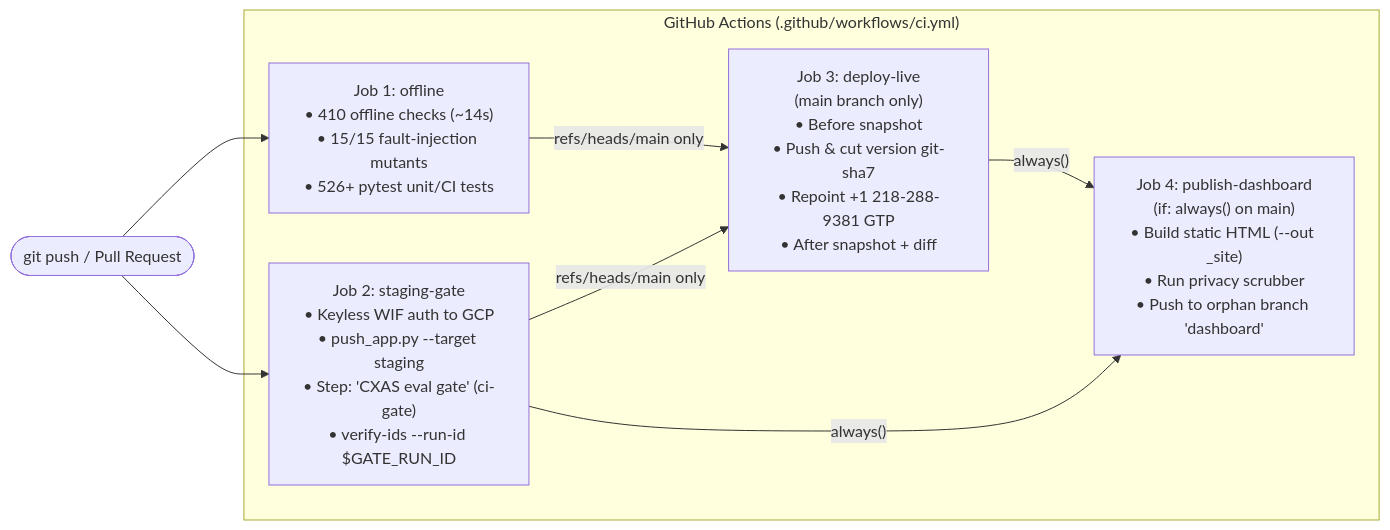
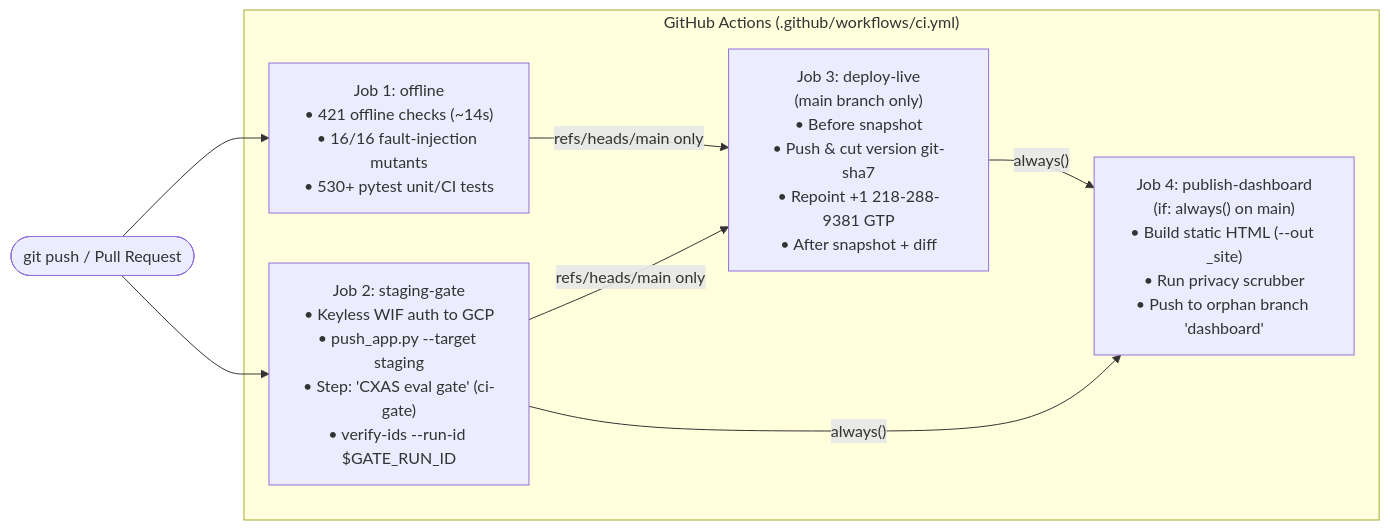
One commit to snehsm007/totto-agent changed the diagram in docs/ci-cd.md. Above: the diagram before and after it, drawn with Mermaid. The commit also changed other lines of this file and 41 other files, not shown here.

````diff
--- a/docs/ci-cd.md
+++ b/docs/ci-cd.md
@@ -11,17 +11,17 @@
 ```mermaid
 flowchart LR
     Push(["git push / Pull Request"]) --> Job1
     Push --> Job2
 
     subgraph GHA["GitHub Actions (.github/workflows/ci.yml)"]
-        Job1["Job 1: offline<br/>• 410 offline checks (~14s)<br/>• 15/15 fault-injection mutants<br/>• 526+ pytest unit/CI tests"]
+        Job1["Job 1: offline<br/>• 421 offline checks (~14s)<br/>• 16/16 fault-injection mutants<br/>• 530+ pytest unit/CI tests"]
         Job2["Job 2: staging-gate<br/>• Keyless WIF auth to GCP<br/>• push_app.py --target staging<br/>• Step: 'CXAS eval gate' (ci-gate)<br/>• verify-ids --run-id $GATE_RUN_ID"]
         Job3["Job 3: deploy-live<br/>(main branch only)<br/>• Before snapshot<br/>• Push & cut version git-sha7<br/>• Repoint +1 218-288-9381 GTP<br/>• After snapshot + diff"]
         Job4["Job 4: publish-dashboard<br/>(if: always() on main)<br/>• Build static HTML (--out _site)<br/>• Run privacy scrubber<br/>• Push to orphan branch 'dashboard'"]
 
         Job1 -->|"refs/heads/main only"| Job3
         Job2 -->|"refs/heads/main only"| Job3
         Job2 -->|"always()"| Job4
         Job3 -->|"always()"| Job4
     end
 ```
````
